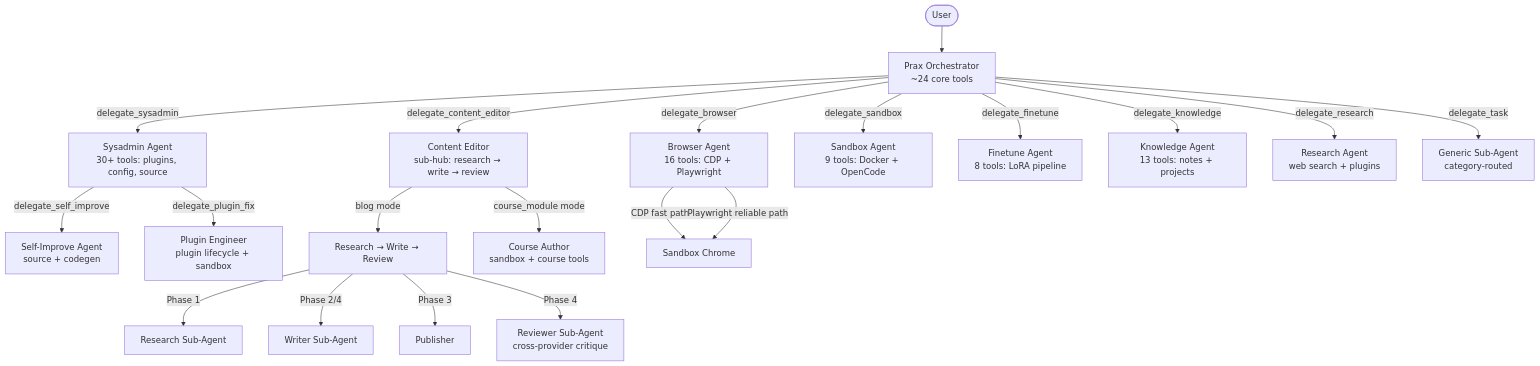
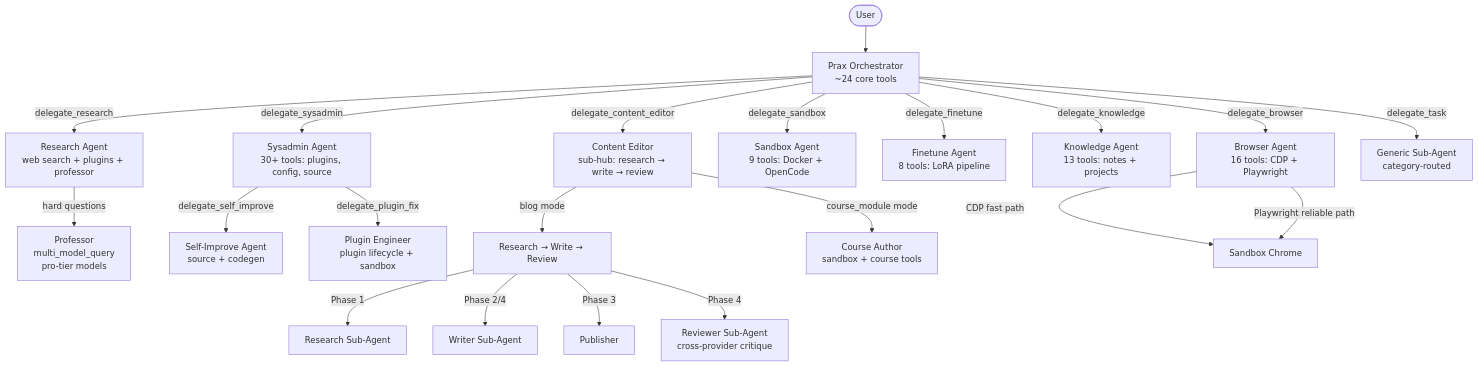
One commit to praxagent/prax changed the first of 7 diagrams in docs/agents/delegation.md. Above: the diagram before and after it, drawn with Mermaid. The commit also changed other lines of this file and 156 other files, not shown here.

First line of the commit message:
feat: improve context management, memory management, library, agentic flow (#25)

````diff
--- a/docs/agents/delegation.md
+++ b/docs/agents/delegation.md
@@ -18,27 +18,29 @@
 ```mermaid
 graph TB
     User([User]) --> Prax[Prax Orchestrator<br/>~24 core tools]
 
     Prax -->|delegate_browser| Browser[Browser Agent<br/>16 tools: CDP + Playwright]
     Prax -->|delegate_content_editor| Content[Content Editor<br/>sub-hub: research → write → review]
     Prax -->|delegate_sysadmin| Sysadmin[Sysadmin Agent<br/>30+ tools: plugins, config, source]
     Prax -->|delegate_sandbox| Sandbox[Sandbox Agent<br/>9 tools: Docker + OpenCode]
     Prax -->|delegate_finetune| Finetune[Finetune Agent<br/>8 tools: LoRA pipeline]
     Prax -->|delegate_knowledge| Knowledge[Knowledge Agent<br/>13 tools: notes + projects]
-    Prax -->|delegate_research| Research[Research Agent<br/>web search + plugins]
+    Prax -->|delegate_research| Research[Research Agent<br/>web search + plugins + professor]
     Prax -->|delegate_task| Generic[Generic Sub-Agent<br/>category-routed]
+
+    Research -->|hard questions| Professor[Professor<br/>multi_model_query<br/>pro-tier models]
 
     Sysadmin -->|delegate_self_improve| SelfImprove[Self-Improve Agent<br/>source + codegen]
     Sysadmin -->|delegate_plugin_fix| PluginFix[Plugin Engineer<br/>plugin lifecycle + sandbox]
 
     Content -->|blog mode| BlogPipeline[Research → Write → Review]
     Content -->|course_module mode| CourseAuthor[Course Author<br/>sandbox + course tools]
 
     BlogPipeline -->|Phase 1| Researcher[Research Sub-Agent]
     BlogPipeline -->|Phase 2/4| Writer[Writer Sub-Agent]
     BlogPipeline -->|Phase 3| Publisher[Publisher]
     BlogPipeline -->|Phase 4| Reviewer[Reviewer Sub-Agent<br/>cross-provider critique]
 
     Browser -->|CDP fast path| Chrome[Sandbox Chrome]
     Browser -->|Playwright reliable path| Chrome
 ```
````
